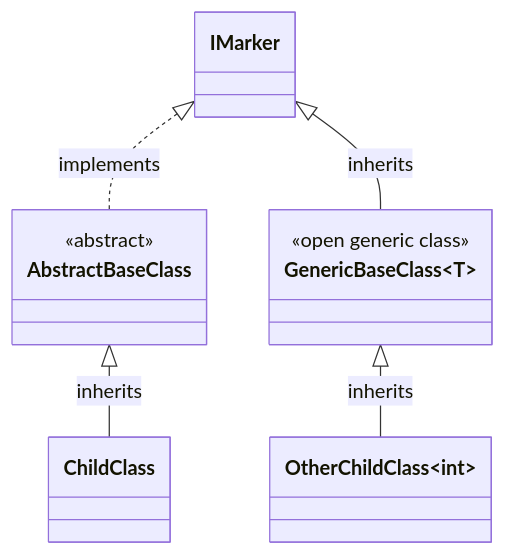
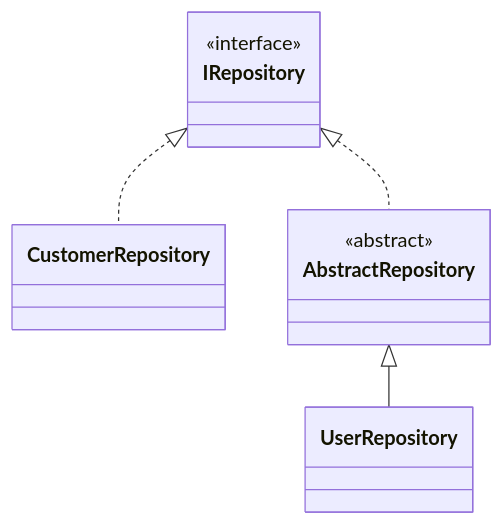
One commit to mrpmorris/Roslynject changed the diagram in Docs/Filters/RegisterClassesWithMarkerInterface.md. Above: the diagram before and after it, drawn with Mermaid. The commit also changed other lines of this file and 4 other files, not shown here.

````diff
--- a/Docs/Filters/RegisterClassesWithMarkerInterface.md
+++ b/Docs/Filters/RegisterClassesWithMarkerInterface.md
@@ -30,15 +26,14 @@
 ```mermaid
 classDiagram
-   IMarker <|.. AbstractBaseClass : implements
-   IMarker <|-- GenericBaseClass~T~ : inherits
-   AbstractBaseClass <|-- ChildClass : inherits
-   GenericBaseClass <|-- OtherChildClass~int~ : inherits
+    IRepository <|.. CustomerRepository
+    IRepository <|.. AbstractRepository
+    AbstractRepository <|-- UserRepository
 
-   class AbstractBaseClass {
-       <<abstract>>
-   }
+    class IRepository {
+        <<interface>>
+    }
 
-   class GenericBaseClass {
-      <<open generic class>>
-   }
+    class AbstractRepository {
+        <<abstract>>
+    }
 ```
````
